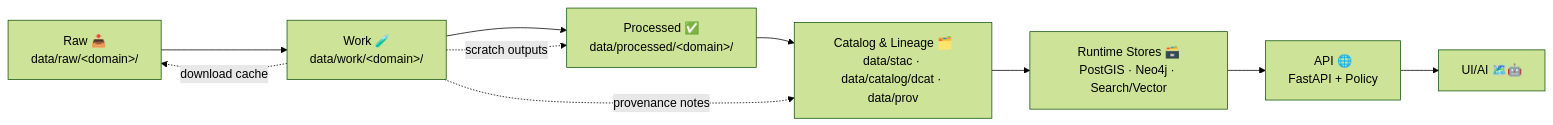
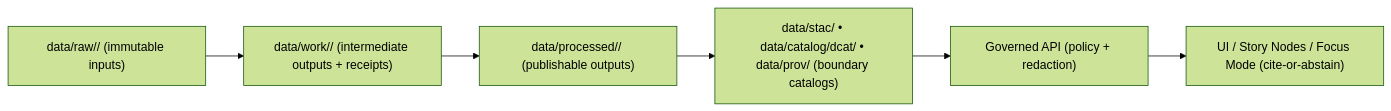
Before and after one commit to bartytime4life/Kansas-Frontier-Matrix: the diagram in data/work/README.md, drawn with Mermaid (forest theme). The commit also changed other lines of this file, not shown here.

````diff
--- a/data/work/README.md
+++ b/data/work/README.md
@@ -36,13 +49,8 @@
 ```mermaid
 flowchart LR
-  A[Raw 📥<br/>data/raw/&lt;domain&gt;/] --> W[Work 🧪<br/>data/work/&lt;domain&gt;/]
-  W --> P[Processed ✅<br/>data/processed/&lt;domain&gt;/]
-  P --> C[Catalog & Lineage 🗂️<br/>data/stac · data/catalog/dcat · data/prov]
-  C --> D[Runtime Stores 🗃️<br/>PostGIS · Neo4j · Search/Vector]
-  D --> E[API 🌐<br/>FastAPI + Policy]
-  E --> F[UI/AI 🗺️🤖]
-
-  W -. scratch outputs .-> P
-  W -. download cache .-> A
-  W -. provenance notes .-> C
+  RAW["data/raw/<domain>/ (immutable inputs)"] --> WORK["data/work/<domain>/ (intermediate outputs + receipts)"]
+  WORK --> PROC["data/processed/<domain>/ (publishable outputs)"]
+  PROC --> CATS["data/stac/ • data/catalog/dcat/ • data/prov/ (boundary catalogs)"]
+  CATS --> API["Governed API (policy + redaction)"]
+  API --> UX["UI / Story Nodes / Focus Mode (cite-or-abstain)"]
 ```
````
